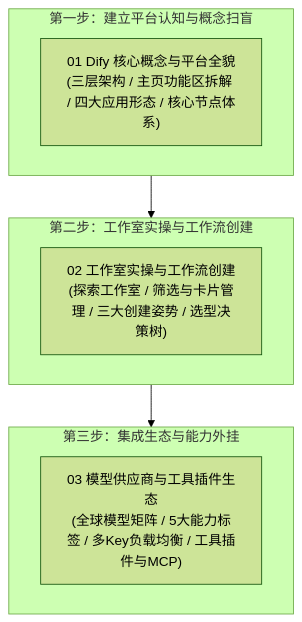
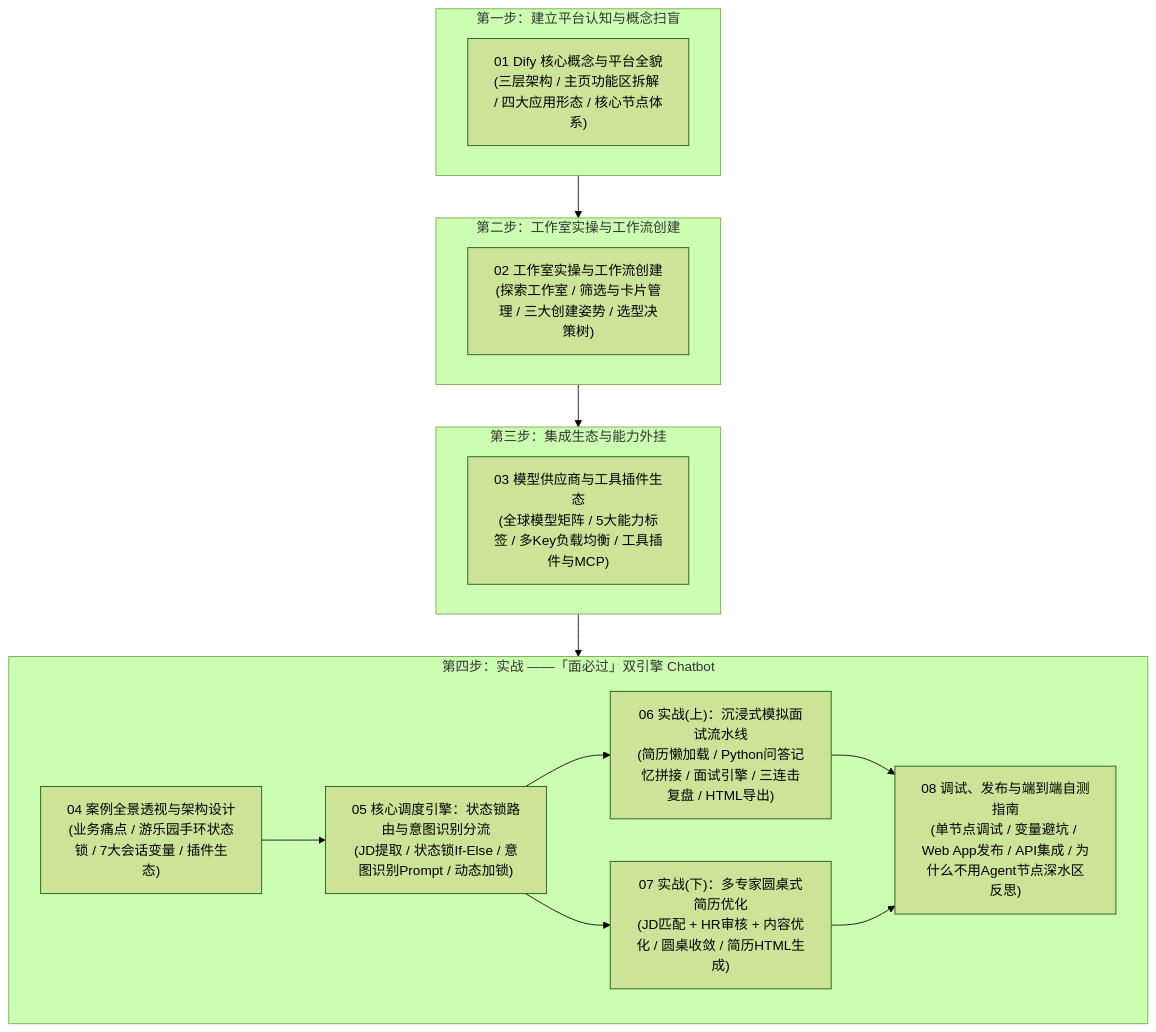
Before and after one commit to buffer121328/vibe-coding-and-agents: the diagram in 04_Dify实战/README.md, drawn with Mermaid (forest theme). The commit also changed other lines of this file and 36 other files, not shown here.

Commit message:
docs: 新增 Dify 实战 4.4-4.8 章节、截图与面必过 DSL，并更新目录

````diff
--- a/04_Dify实战/README.md
+++ b/04_Dify实战/README.md
@@ -13,17 +28,31 @@
 ```mermaid
 graph TD
     subgraph Step1 ["第一步：建立平台认知与概念扫盲"]
         A1["01 Dify 核心概念与平台全貌<br/>(三层架构 / 主页功能区拆解 / 四大应用形态 / 核心节点体系)"]
     end
 
     subgraph Step2 ["第二步：工作室实操与工作流创建"]
         B1["02 工作室实操与工作流创建<br/>(探索工作室 / 筛选与卡片管理 / 三大创建姿势 / 选型决策树)"]
     end
 
     subgraph Step3 ["第三步：集成生态与能力外挂"]
         C1["03 模型供应商与工具插件生态<br/>(全球模型矩阵 / 5大能力标签 / 多Key负载均衡 / 工具插件与MCP)"]
     end
 
+    subgraph Step4 ["第四步：实战 ——「面必过」双引擎 Chatbot"]
+        D1["04 案例全景透视与架构设计<br/>(业务痛点 / 游乐园手环状态锁 / 7大会话变量 / 插件生态)"]
+        D2["05 核心调度引擎：状态锁路由与意图识别分流<br/>(JD提取 / 状态锁If-Else / 意图识别Prompt / 动态加锁)"]
+        D3["06 实战(上)：沉浸式模拟面试流水线<br/>(简历懒加载 / Python问答记忆拼接 / 面试引擎 / 三连击复盘 / HTML导出)"]
+        D4["07 实战(下)：多专家圆桌式简历优化<br/>(JD匹配 + HR审核 + 内容优化 / 圆桌收敛 / 简历HTML生成)"]
+        D5["08 调试、发布与端到端自测指南<br/>(单节点调试 / 变量避坑 / Web App发布 / API集成 / 为什么不用Agent节点深水区反思)"]
+    end
+
     Step1 --> Step2
     Step2 --> Step3
+    Step3 --> Step4
+    D1 --> D2
+    D2 --> D3
+    D2 --> D4
+    D3 --> D5
+    D4 --> D5
 ```
````
